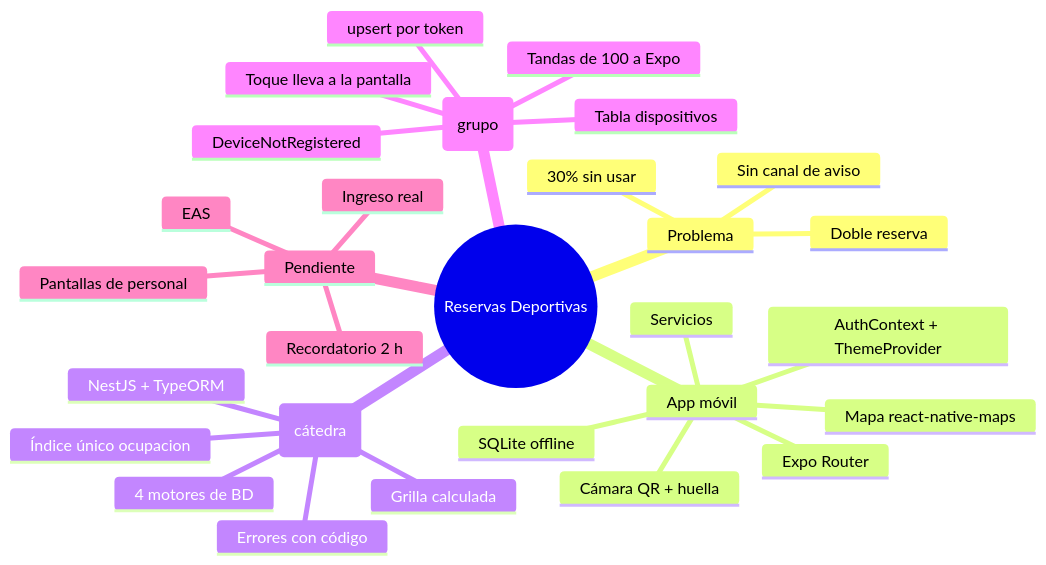
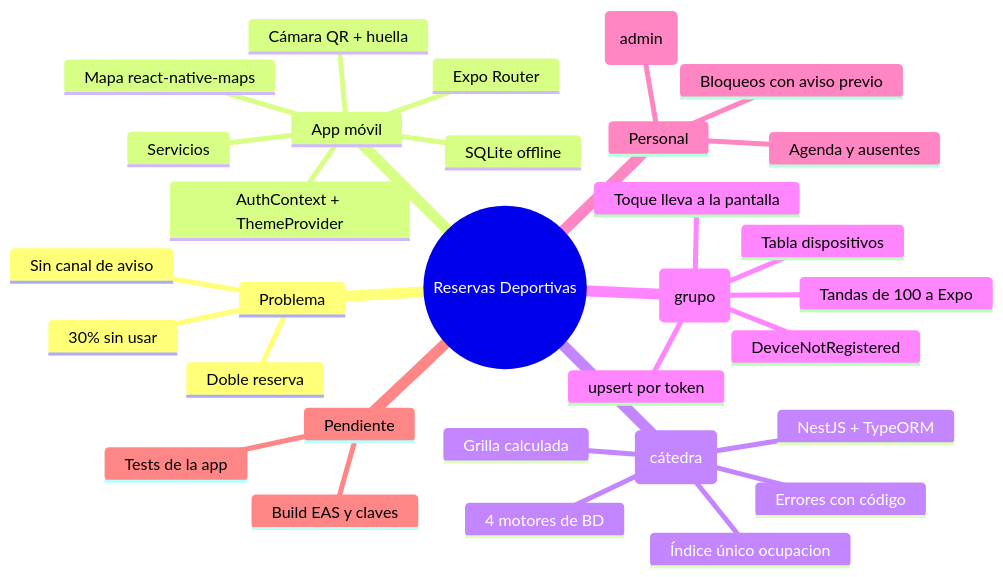
The diagram in docs/09-guia-de-defensa.md (lucas12cn/proyecto-final-reservas), drawn with Mermaid before and after one commit. The commit also changed other lines of this file and 17 other files, not shown here.

First line of the commit message:
feat(app): pantallas del personal para bloqueos, reservas fijas y precios

````diff
--- a/docs/09-guia-de-defensa.md
+++ b/docs/09-guia-de-defensa.md
@@ -250,32 +260,34 @@
 ```mermaid
 mindmap
   root((Reservas Deportivas))
     Problema
       Doble reserva
       Sin canal de aviso
       30% sin usar
     App móvil
       Expo Router
       AuthContext + ThemeProvider
       Servicios
       SQLite offline
       Cámara QR + huella
       Mapa react-native-maps
     API (cátedra)
       NestJS + TypeORM
       Grilla calculada
       Índice único ocupacion
       Errores con código
       4 motores de BD
     Push (grupo)
       Tabla dispositivos
       upsert por token
       Tandas de 100 a Expo
       DeviceNotRegistered
       Toque lleva a la pantalla
+    Personal
+      Agenda y ausentes
+      Bloqueos con aviso previo
+      Fijas y precios (admin)
     Pendiente
-      Ingreso real
-      Recordatorio 2 h
-      Pantallas de personal
-      EAS
+      Build EAS y claves
+      Tests de la app
 ```
````
